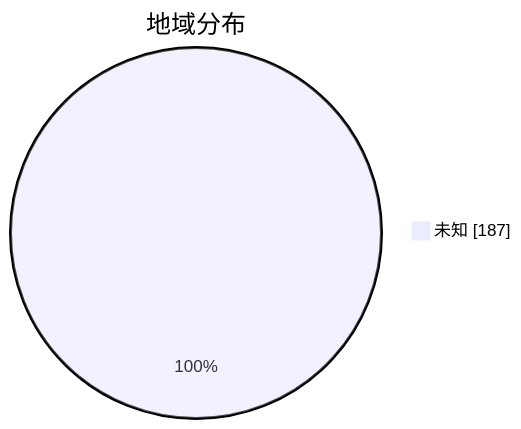
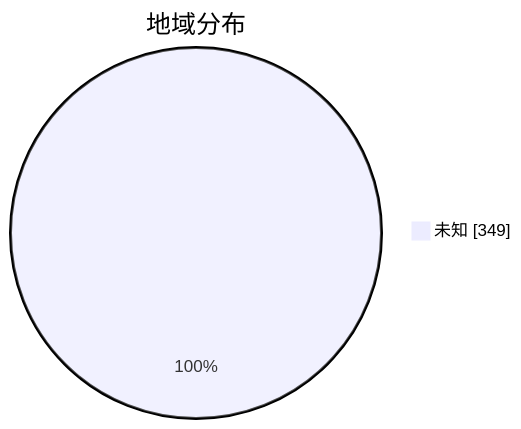
Before and after one commit to qjlxg/airport: the second of 3 diagrams in subs/statistics/tested_within.md, drawn with Mermaid. The commit also changed other lines of this file and 2 other files, not shown here.

````diff
--- a/subs/statistics/tested_within.md
+++ b/subs/statistics/tested_within.md
@@ -12,5 +16,5 @@
 ```mermaid
 pie showData
 title 地域分布
-"未知" : 187
+"未知" : 349
 ```
````
